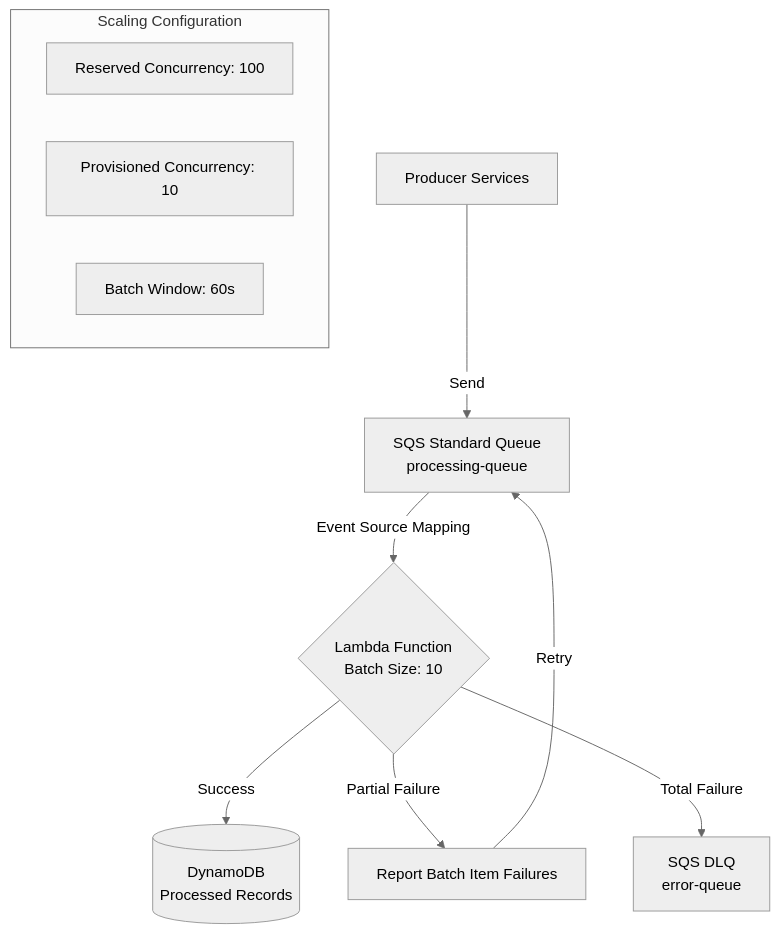
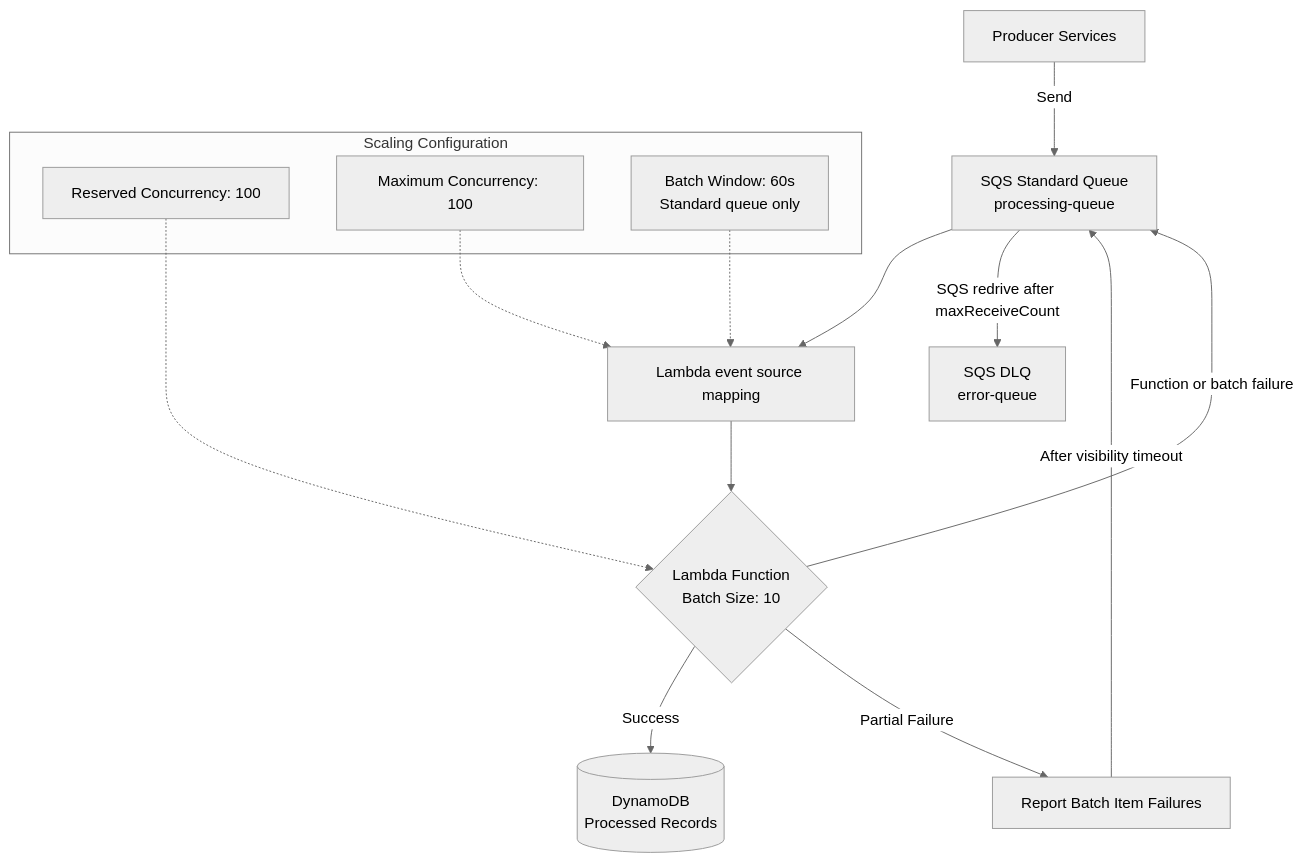
The second of 7 diagrams in Design/01-event-driven-patterns.md (AlexanderBesss/AWS_best_praactices), drawn with Mermaid (neutral theme) before and after one commit. The commit also changed other lines of this file and 31 other files, not shown here.

````diff
--- a/Design/01-event-driven-patterns.md
+++ b/Design/01-event-driven-patterns.md
@@ -88,15 +90,20 @@
 ```mermaid
 graph TB
     A[Producer Services] -->|Send| B[SQS Standard Queue<br/>processing-queue]
-    B -->|Event Source Mapping| C{Lambda Function<br/>Batch Size: 10}
+    B --> M[Lambda event source mapping]
+    M --> C{Lambda Function<br/>Batch Size: 10}
     C -->|Success| D[(DynamoDB<br/>Processed Records)]
     C -->|Partial Failure| E[Report Batch Item Failures]
-    E -->|Retry| B
-    C -->|Total Failure| F[SQS DLQ<br/>error-queue]
+    E -->|After visibility timeout| B
+    C -->|Function or batch failure| B
+    B -->|SQS redrive after maxReceiveCount| F[SQS DLQ<br/>error-queue]
     
     subgraph "Scaling Configuration"
         G[Reserved Concurrency: 100]
-        H[Provisioned Concurrency: 10]
-        I[Batch Window: 60s]
+        H[Maximum Concurrency: 100]
+        I[Batch Window: 60s<br/>Standard queue only]
     end
+    G -.-> C
+    H -.-> M
+    I -.-> M
 ```
````
